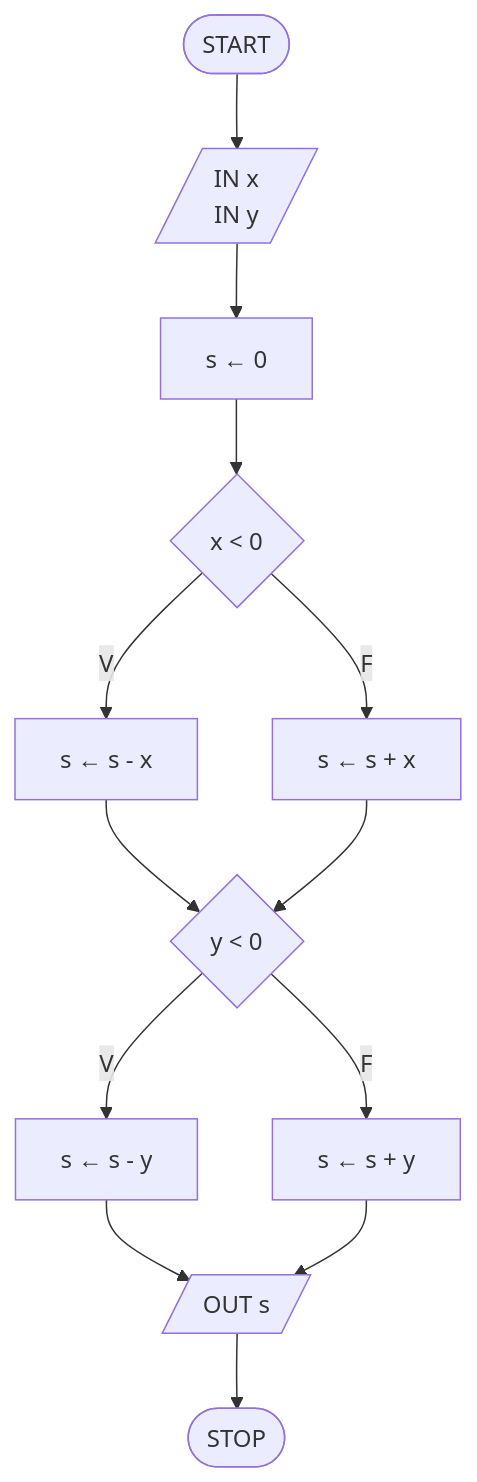
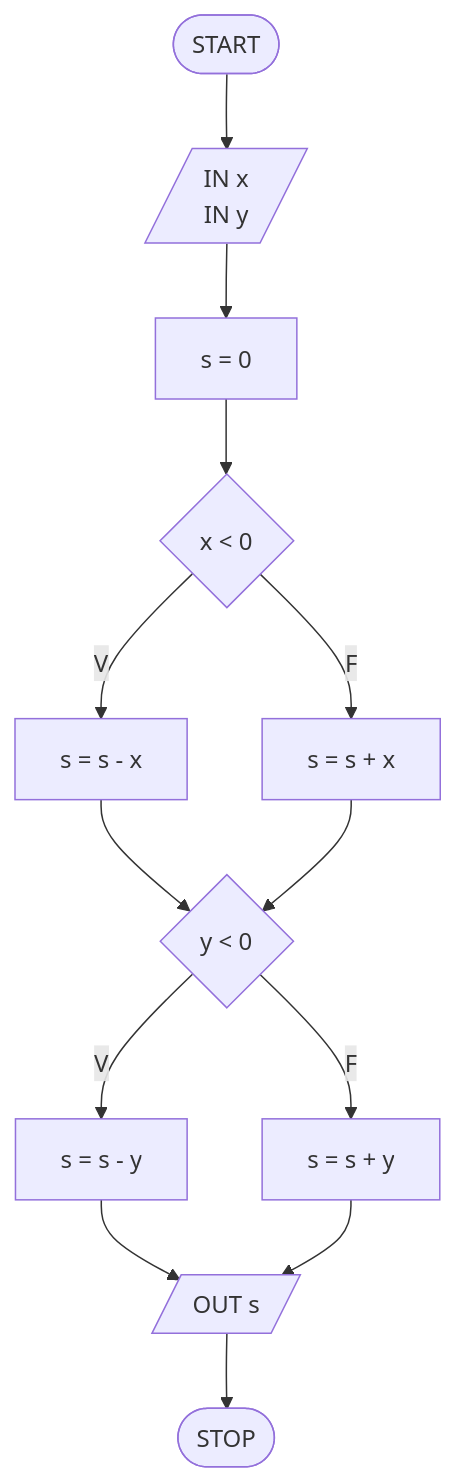
One commit to pg-laboratorio/flowcharts_laboratorio_esercizi changed the ninth of 28 diagrams in flowcharts_soluzioni.md. Above: the diagram before and after it, drawn with Mermaid. The commit also changed other lines of this file, not shown here.

````diff
--- a/flowcharts_soluzioni.md
+++ b/flowcharts_soluzioni.md
@@ -195,15 +195,15 @@
 ```mermaid
 graph TD
     START([START]) --> INPUT[/"IN x<br>IN y"/]
-    INPUT --> INIT["s ← 0"]
+    INPUT --> INIT["s = 0"]
     INIT --> CX{"x < 0"}
-    CX -- V --> NX["s ← s - x"]
-    CX -- F --> PX["s ← s + x"]
+    CX -- V --> NX["s = s - x"]
+    CX -- F --> PX["s = s + x"]
     NX --> CY{"y < 0"}
     PX --> CY
-    CY -- V --> NY["s ← s - y"]
-    CY -- F --> PY["s ← s + y"]
+    CY -- V --> NY["s = s - y"]
+    CY -- F --> PY["s = s + y"]
     NY --> OUTPUT[/"OUT s"/]
     PY --> OUTPUT
     OUTPUT --> STOP([STOP])
 ```
````
